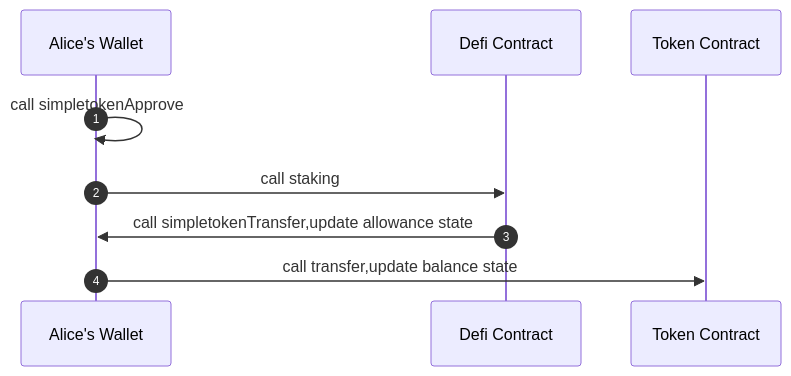
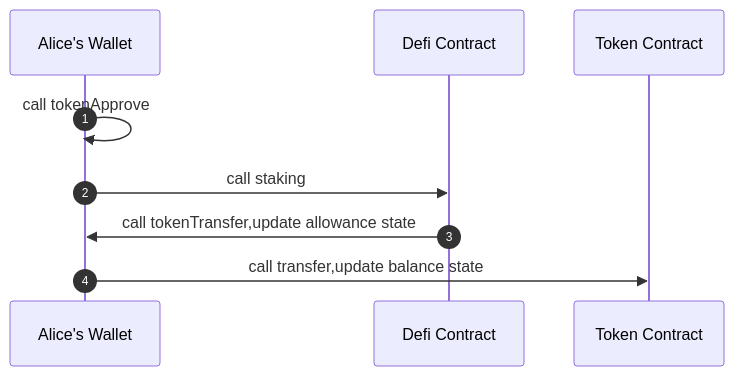
Before and after one commit to ethereum/ERCs: the fourth of 4 diagrams in ERCS/erc-7204.md, drawn with Mermaid. The commit also changed other lines of this file, not shown here.

````diff
--- a/ERCS/erc-7204.md
+++ b/ERCS/erc-7204.md
@@ -183,8 +183,8 @@
 ```mermaid
 sequenceDiagram
     autonumber
-    Alice's Wallet->>Alice's Wallet: call simpletokenApprove
+    Alice's Wallet->>Alice's Wallet: call tokenApprove
     Alice's Wallet->>Defi Contract: call staking
-    Defi Contract->>Alice's Wallet: call simpletokenTransfer,update allowance state
+    Defi Contract->>Alice's Wallet: call tokenTransfer,update allowance state
   	Alice's Wallet ->> Token Contract: call transfer,update balance state
 ```
````
